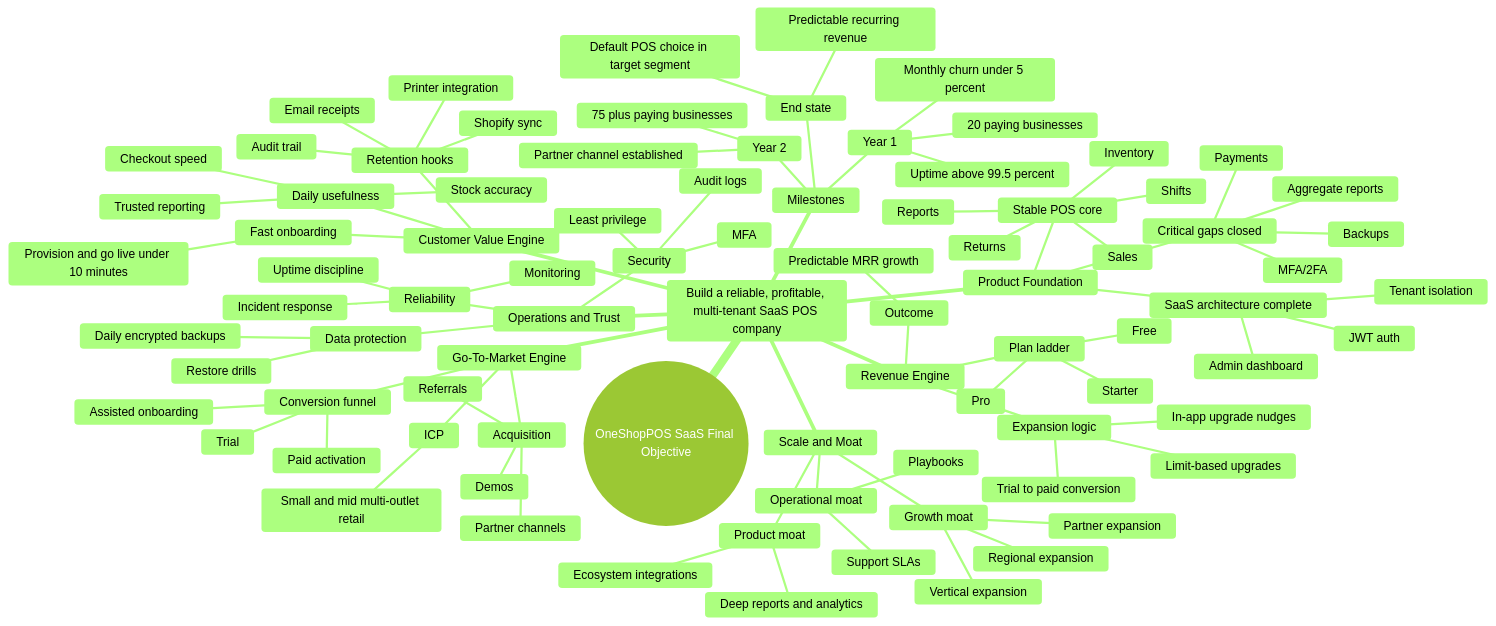
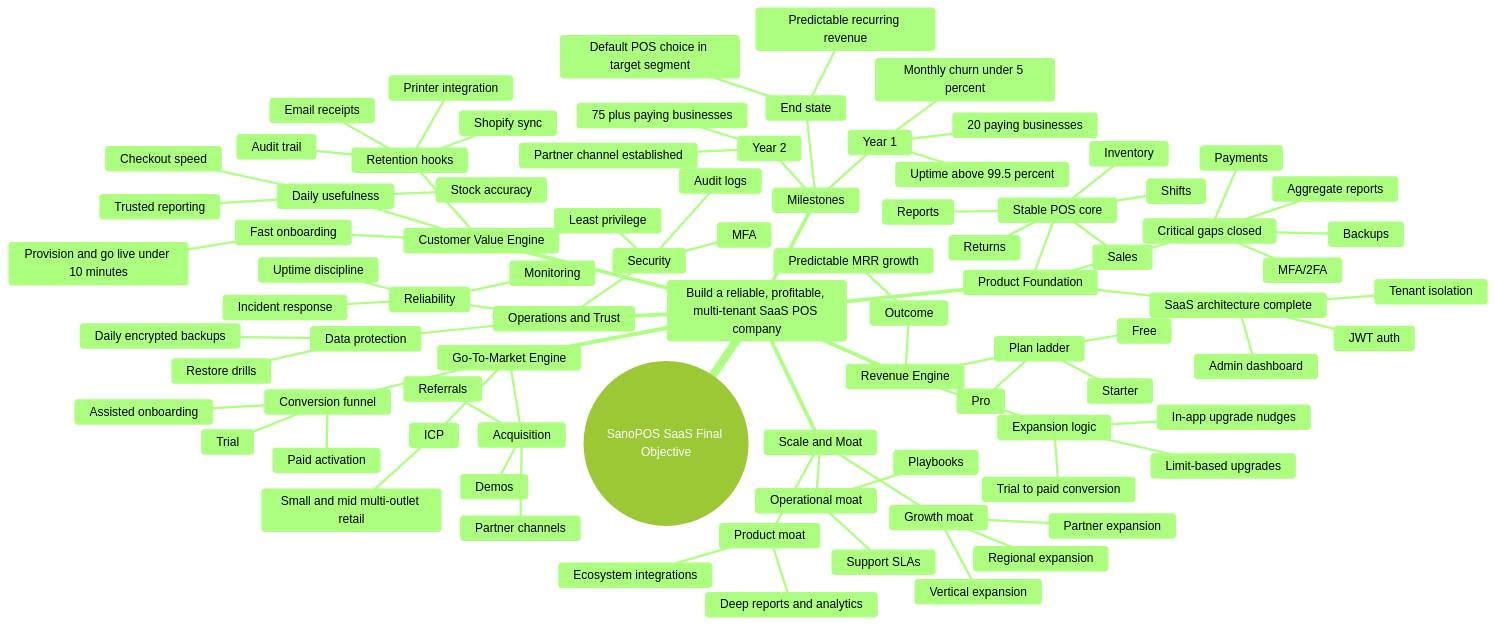
The diagram in docs/business-growth-mindmap.md (Sano9942/oneshoppos), drawn with Mermaid (forest theme) before and after one commit. The commit also changed other lines of this file and 5 other files, not shown here.

Commit message:
docs: rename OneShopPOS → SanoPOS in active project docs

````diff
--- a/docs/business-growth-mindmap.md
+++ b/docs/business-growth-mindmap.md
@@ -3,6 +3,6 @@
 ```mermaid
 mindmap
-  root((OneShopPOS SaaS Final Objective))
+  root((SanoPOS SaaS Final Objective))
     Build a reliable, profitable, multi-tenant SaaS POS company
       Product Foundation
         Stable POS core
````
